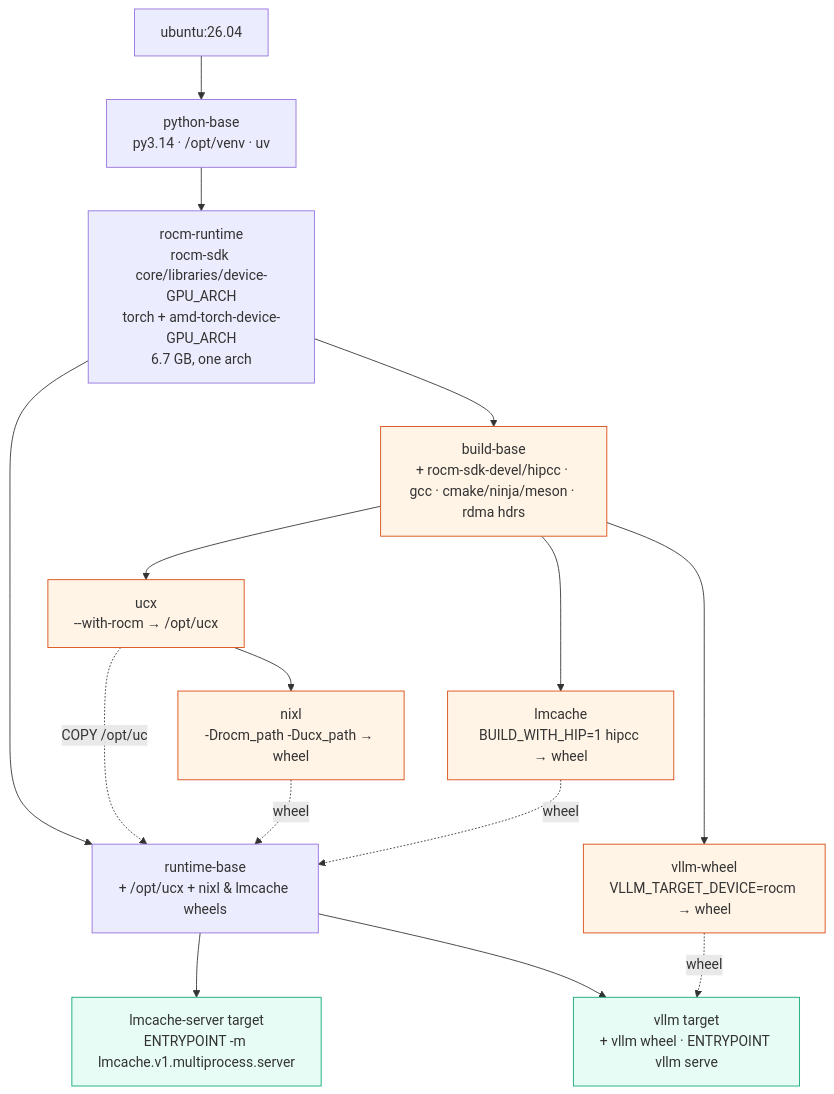
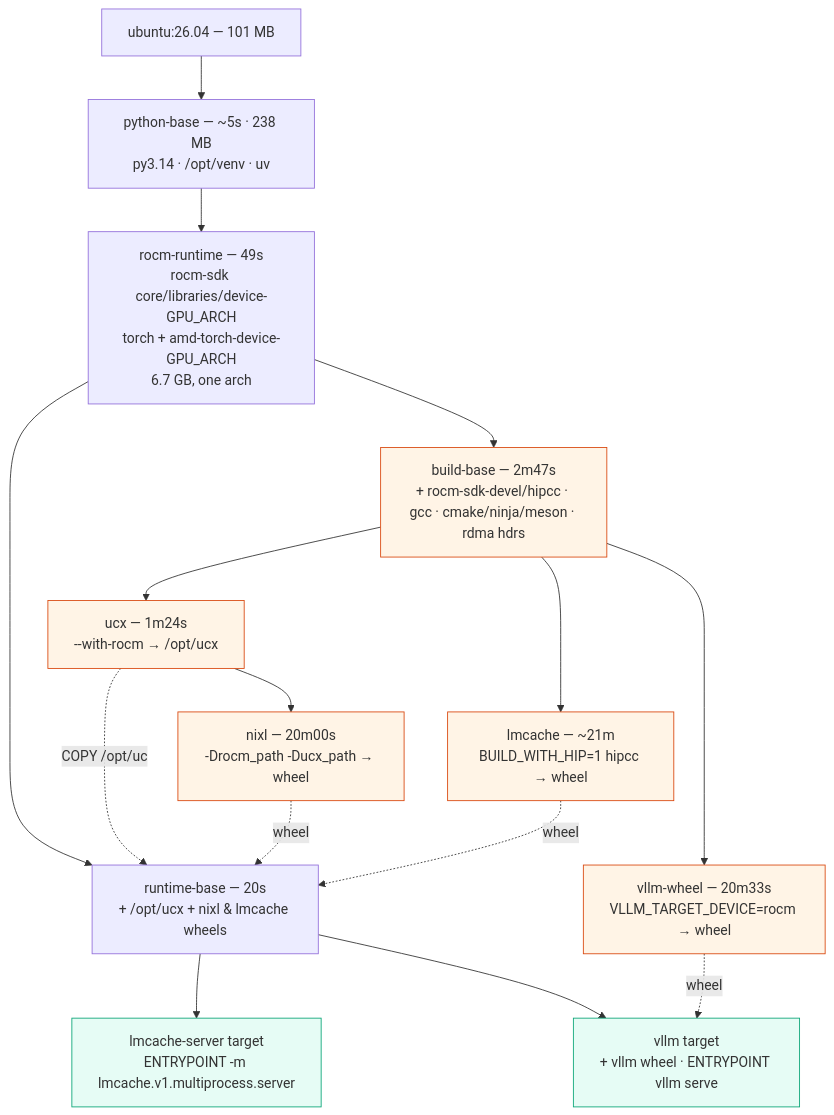
One commit to ROCm/rocm-aic changed the diagram in README.md. Above: the diagram before and after it, drawn with Mermaid. The commit also changed other lines of this file and 1 other file, not shown here.

````diff
--- a/README.md
+++ b/README.md
@@ -16,26 +16,26 @@
 ```mermaid
 graph TD
-  UB[ubuntu:26.04] --> PB[python-base<br/>py3.14 · /opt/venv · uv]
-  PB --> RR[rocm-runtime<br/>rocm-sdk core/libraries/device-GPU_ARCH<br/>torch + amd-torch-device-GPU_ARCH<br/>6.7 GB, one arch]
+  UB["ubuntu:26.04 — 101 MB"] --> PB["python-base — ~5s · 238 MB<br/>py3.14 · /opt/venv · uv"]
+  PB --> RR["rocm-runtime — 49s<br/>rocm-sdk core/libraries/device-GPU_ARCH<br/>torch + amd-torch-device-GPU_ARCH<br/>6.7 GB, one arch"]
 
-  RR --> BB[build-base<br/>+ rocm-sdk-devel/hipcc · gcc · cmake/ninja/meson · rdma hdrs]
+  RR --> BB["build-base — 2m47s<br/>+ rocm-sdk-devel/hipcc · gcc · cmake/ninja/meson · rdma hdrs"]
 
-  BB --> UCX[ucx<br/>--with-rocm → /opt/ucx]
-  UCX --> NIXL[nixl<br/>-Drocm_path -Ducx_path → wheel]
-  BB --> LMC[lmcache<br/>BUILD_WITH_HIP=1 hipcc → wheel]
-  BB --> VW[vllm-wheel<br/>VLLM_TARGET_DEVICE=rocm → wheel]
+  BB --> UCX["ucx — 1m24s<br/>--with-rocm → /opt/ucx"]
+  UCX --> NIXL["nixl — 20m00s<br/>-Drocm_path -Ducx_path → wheel"]
+  BB --> LMC["lmcache — ~21m<br/>BUILD_WITH_HIP=1 hipcc → wheel"]
+  BB --> VW["vllm-wheel — 20m33s<br/>VLLM_TARGET_DEVICE=rocm → wheel"]
 
-  RR --> RB[runtime-base<br/>+ /opt/ucx + nixl & lmcache wheels]
+  RR --> RB["runtime-base — 20s<br/>+ /opt/ucx + nixl & lmcache wheels"]
   UCX -.COPY /opt/ucx.-> RB
   NIXL -.wheel.-> RB
   LMC -.wheel.-> RB
 
-  RB --> LS[lmcache-server target<br/>ENTRYPOINT -m lmcache.v1.multiprocess.server]
-  RB --> VL[vllm target<br/>+ vllm wheel · ENTRYPOINT vllm serve]
+  RB --> LS["lmcache-server target<br/>ENTRYPOINT -m lmcache.v1.multiprocess.server"]
+  RB --> VL["vllm target<br/>+ vllm wheel · ENTRYPOINT vllm serve"]
   VW -.wheel.-> VL
 
   classDef build fill:#fff4e6,stroke:#d9480f
   classDef ship fill:#e6fcf5,stroke:#0ca678
   class BB,UCX,NIXL,LMC,VW build
   class LS,VL ship
 ```
````
